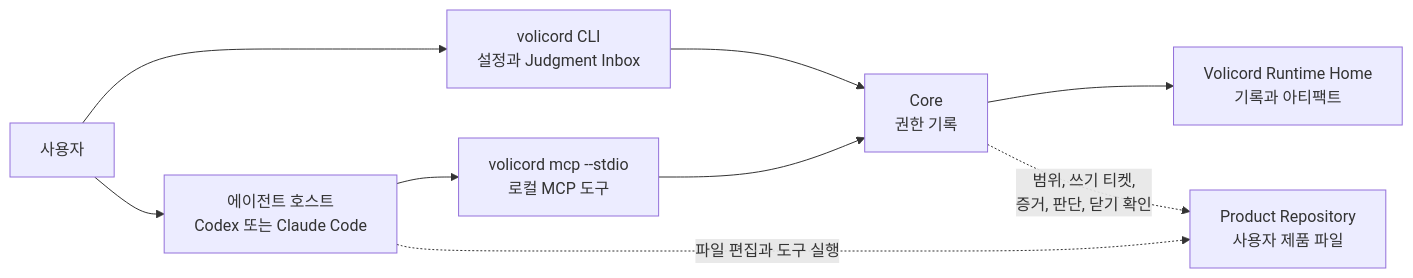
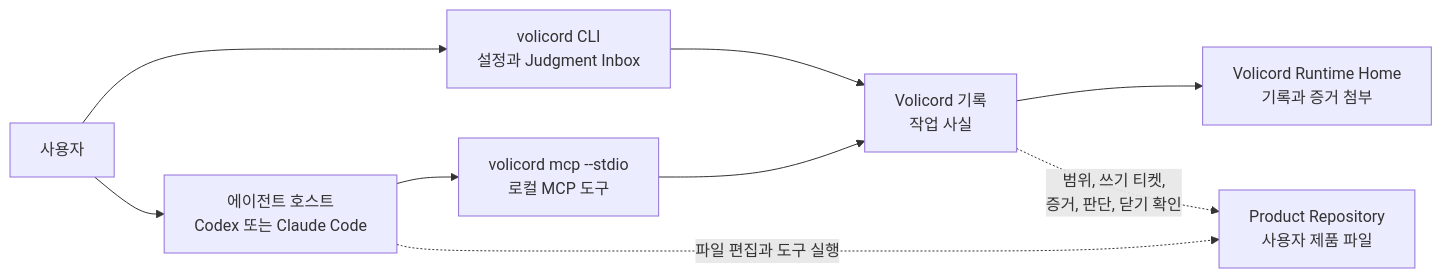
Before and after one commit to minjungw00/Volicord: the first of 2 diagrams in README.ko.md, drawn with Mermaid. The commit also changed other lines of this file and 65 other files, not shown here.

````diff
--- a/README.ko.md
+++ b/README.ko.md
@@ -64,19 +63,19 @@
 ```mermaid
 flowchart LR
   user["사용자"]
   host["에이전트 호스트<br/>Codex 또는 Claude Code"]
   mcp["volicord mcp --stdio<br/>로컬 MCP 도구"]
-  core["Core<br/>권한 기록"]
-  runtime["Volicord Runtime Home<br/>기록과 아티팩트"]
+  record["Volicord 기록<br/>작업 사실"]
+  runtime["Volicord Runtime Home<br/>기록과 증거 첨부"]
   repo["Product Repository<br/>사용자 제품 파일"]
   cli["volicord CLI<br/>설정과 Judgment Inbox"]
 
   user --> host
   host --> mcp
-  mcp --> core
-  core --> runtime
+  mcp --> record
+  record --> runtime
   user --> cli
-  cli --> core
+  cli --> record
   host -. 파일 편집과 도구 실행 .-> repo
-  core -. 범위, 쓰기 티켓,<br/>증거, 판단, 닫기 확인 .-> repo
+  record -. 범위, 쓰기 티켓,<br/>증거, 판단, 닫기 확인 .-> repo
 ```
````
